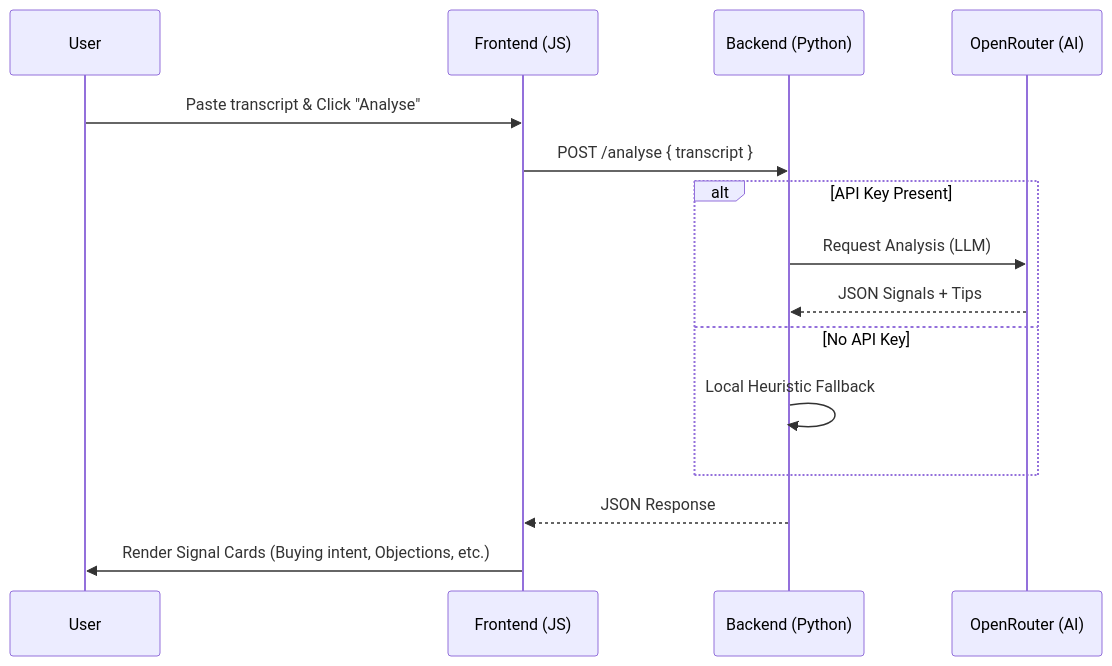
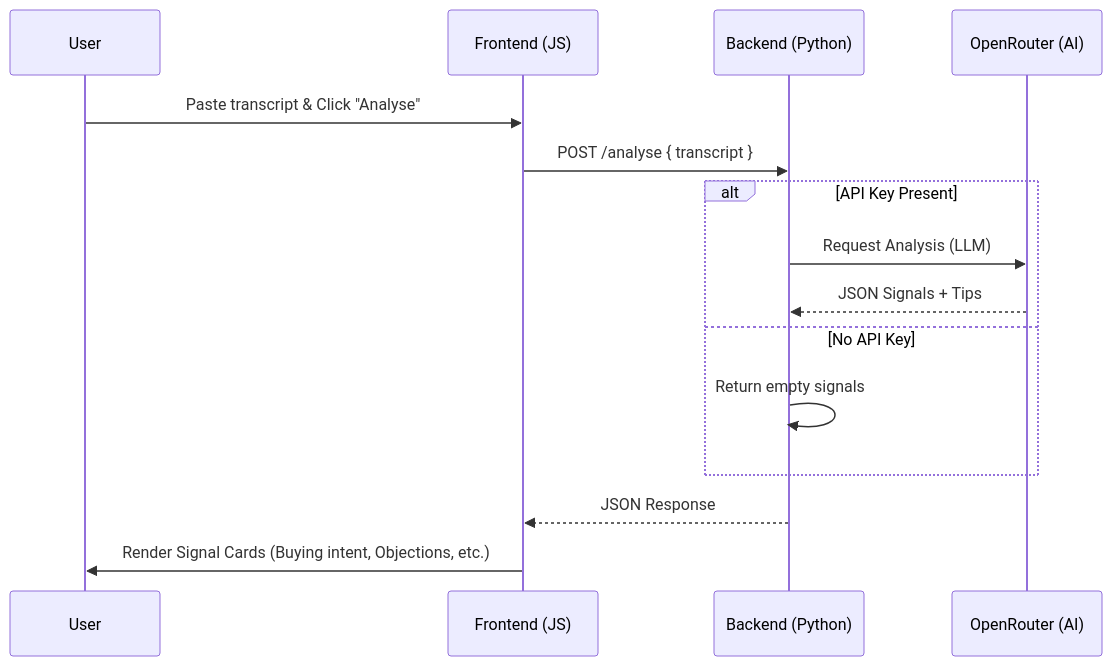
The diagram in README.md (Manny2706/NIMIT-AI), drawn with Mermaid before and after one commit. The commit also changed other lines of this file and 5 other files, not shown here.

````diff
--- a/README.md
+++ b/README.md
@@ -21,18 +21,18 @@
 ```mermaid
 sequenceDiagram
     participant User
     participant Frontend (JS)
     participant Backend (Python)
     participant OpenRouter (AI)
 
     User->>Frontend (JS): Paste transcript & Click "Analyse"
     Frontend (JS)->>Backend (Python): POST /analyse { transcript }
     alt API Key Present
         Backend (Python)->>OpenRouter (AI): Request Analysis (LLM)
         OpenRouter (AI)-->>Backend (Python): JSON Signals + Tips
     else No API Key
-        Backend (Python)->>Backend (Python): Local Heuristic Fallback
+        Backend (Python)->>Backend (Python): Return empty signals
     end
     Backend (Python)-->>Frontend (JS): JSON Response
     Frontend (JS)->>User: Render Signal Cards (Buying intent, Objections, etc.)
 ```
````
